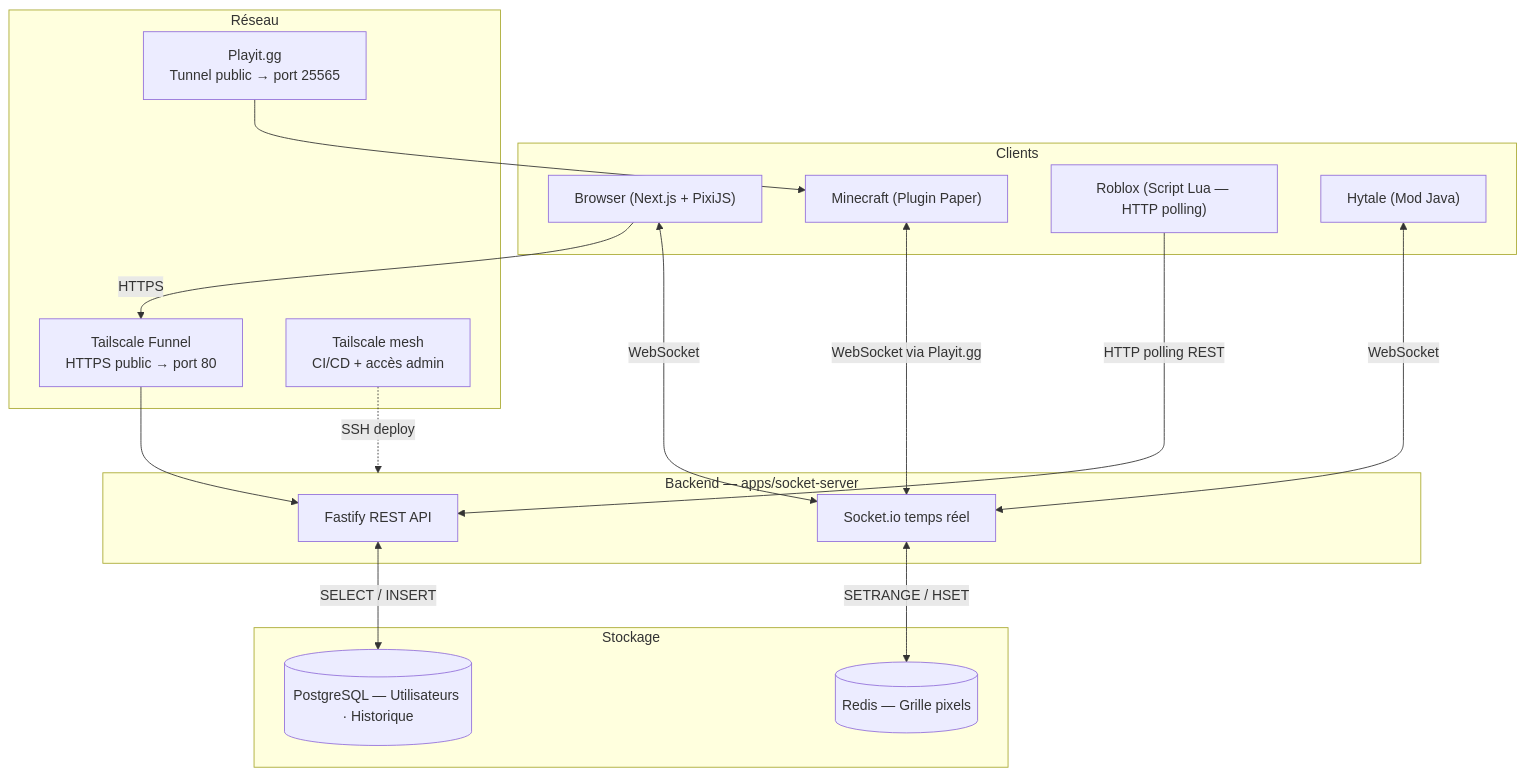
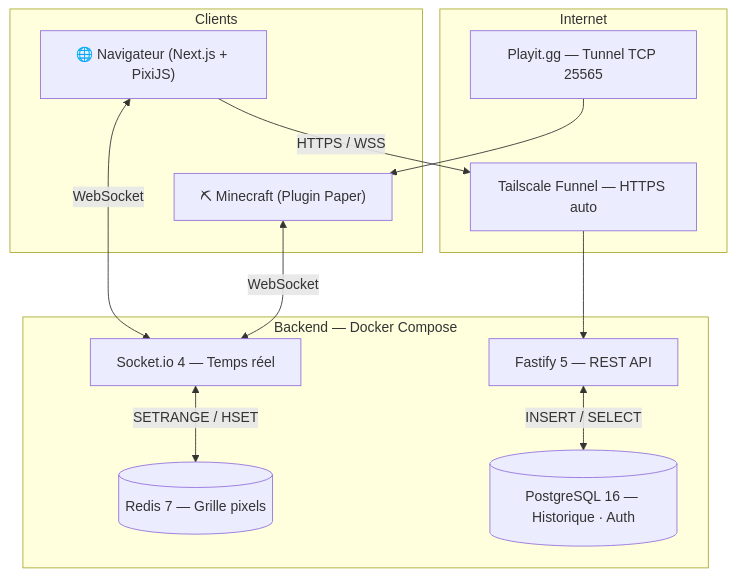
Before and after one commit to MaKSiiMe/VoxelPlace: the diagram in README.md, drawn with Mermaid. The commit also changed other lines of this file and 34 other files, not shown here.

````diff
--- a/README.md
+++ b/README.md
@@ -38,35 +36,26 @@
 ```mermaid
 graph TB
     subgraph Clients
-        WEB["Browser (Next.js + PixiJS)"]
-        MC["Minecraft (Plugin Paper)"]
-        RB["Roblox (Script Lua — HTTP polling)"]
-        HY["Hytale (Mod Java)"]
+        WEB["🌐 Navigateur (Next.js + PixiJS)"]
+        MC["⛏ Minecraft (Plugin Paper)"]
     end
 
-    subgraph Network["Réseau"]
-        TF["Tailscale Funnel\nHTTPS public → port 80"]
-        PG_NET["Playit.gg\nTunnel public → port 25565"]
-        TS["Tailscale mesh\nCI/CD + accès admin"]
+    subgraph Internet
+        TF["Tailscale Funnel — HTTPS auto"]
+        PG_NET["Playit.gg — Tunnel TCP 25565"]
     end
 
-    subgraph Backend["Backend — apps/socket-server"]
-        API["Fastify REST API"]
-        SIO["Socket.io temps réel"]
+    subgraph Backend["Backend — Docker Compose"]
+        API["Fastify 5 — REST API"]
+        SIO["Socket.io 4 — Temps réel"]
+        REDIS[("Redis 7 — Grille pixels")]
+        PG[("PostgreSQL 16 — Historique · Auth")]
     end
 
-    subgraph Storage["Stockage"]
-        REDIS[("Redis — Grille pixels")]
-        PG[("PostgreSQL — Utilisateurs · Historique")]
-    end
-
-    WEB  -->|HTTPS| TF --> API
-    WEB  <-->|WebSocket| SIO
-    MC   <-->|WebSocket via Playit.gg| SIO
+    WEB -->|HTTPS / WSS| TF --> API
+    WEB <-->|WebSocket| SIO
+    MC <-->|WebSocket| SIO
     PG_NET --> MC
-    RB   -->|HTTP polling REST| API
-    HY   <-->|WebSocket| SIO
-    SIO  <-->|SETRANGE / HSET| REDIS
-    API  <-->|SELECT / INSERT| PG
-    TS   -.->|SSH deploy| Backend
+    SIO <-->|SETRANGE / HSET| REDIS
+    API <-->|INSERT / SELECT| PG
 ```
````
